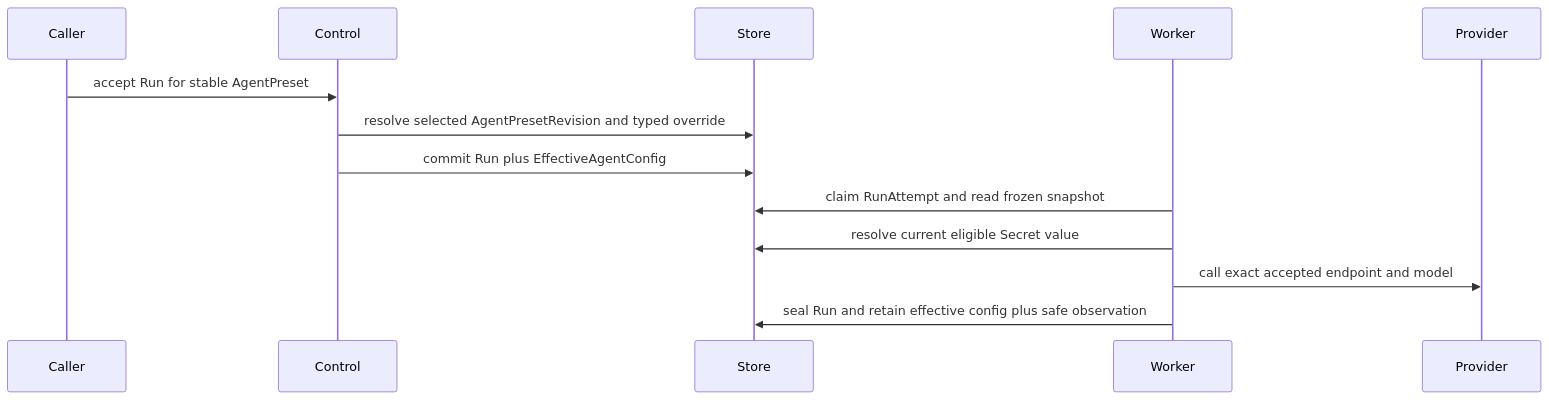
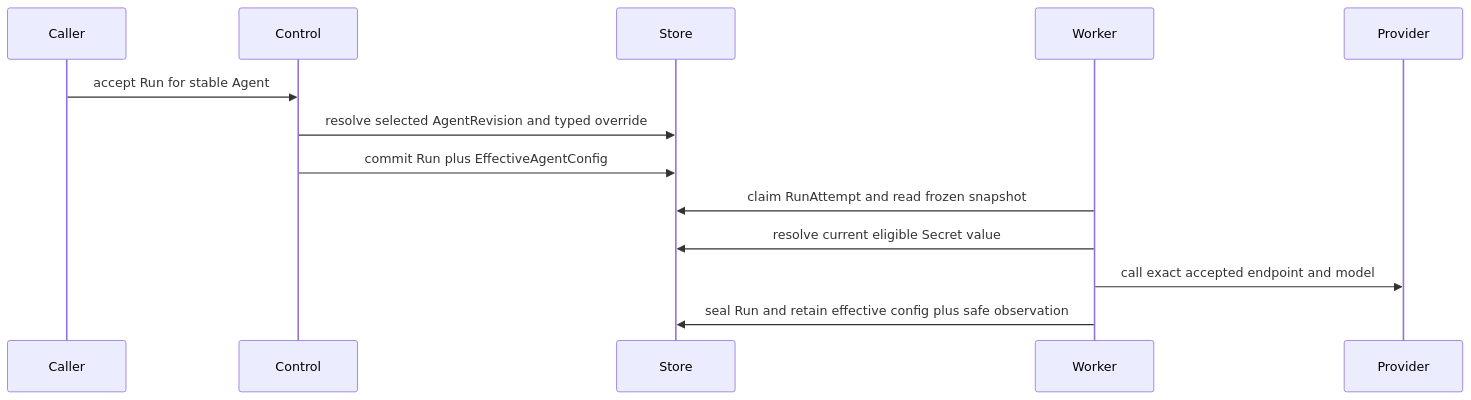
Before and after one commit to LTThreeComma/agent-foundation: the diagram in spec/foundation-service/25-model-management.md, drawn with Mermaid. The commit also changed other lines of this file and 186 other files, not shown here.

````diff
--- a/spec/foundation-service/25-model-management.md
+++ b/spec/foundation-service/25-model-management.md
@@ -175,16 +186,16 @@
 ```mermaid
 sequenceDiagram
     participant Caller
     participant Control
     participant Store
     participant Worker
     participant Provider
 
-    Caller->>Control: accept Run for stable AgentPreset
-    Control->>Store: resolve selected AgentPresetRevision and typed override
+    Caller->>Control: accept Run for stable Agent
+    Control->>Store: resolve selected AgentRevision and typed override
     Control->>Store: commit Run plus EffectiveAgentConfig
     Worker->>Store: claim RunAttempt and read frozen snapshot
     Worker->>Store: resolve current eligible Secret value
     Worker->>Provider: call exact accepted endpoint and model
     Worker->>Store: seal Run and retain effective config plus safe observation
 ```
````
